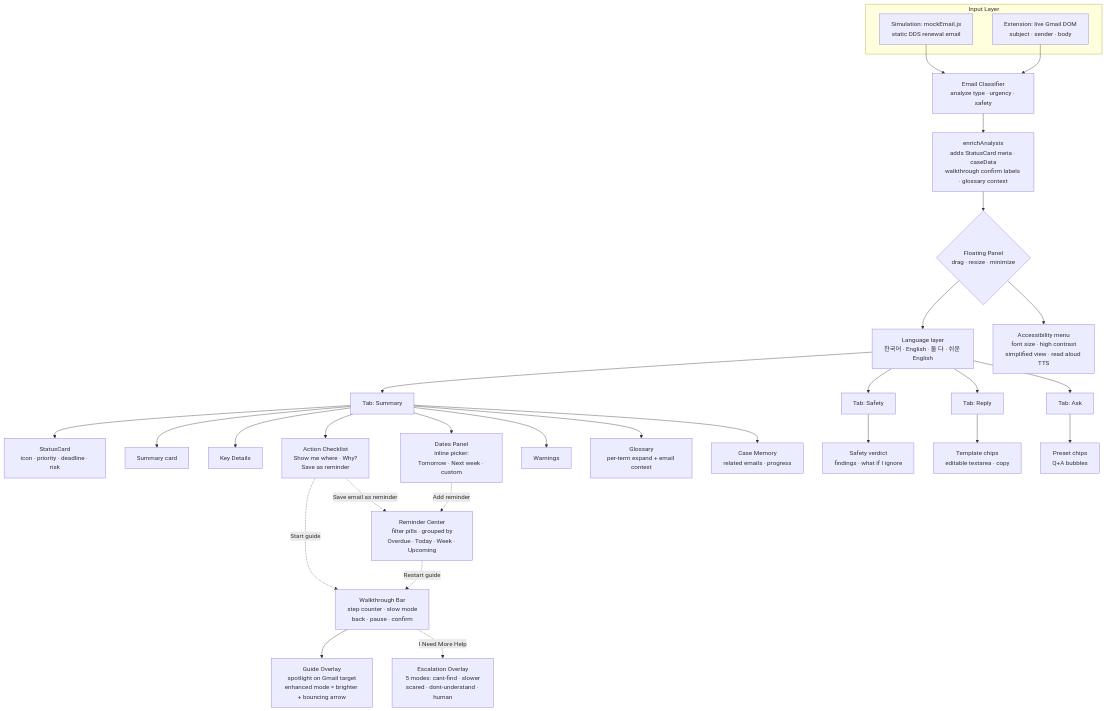
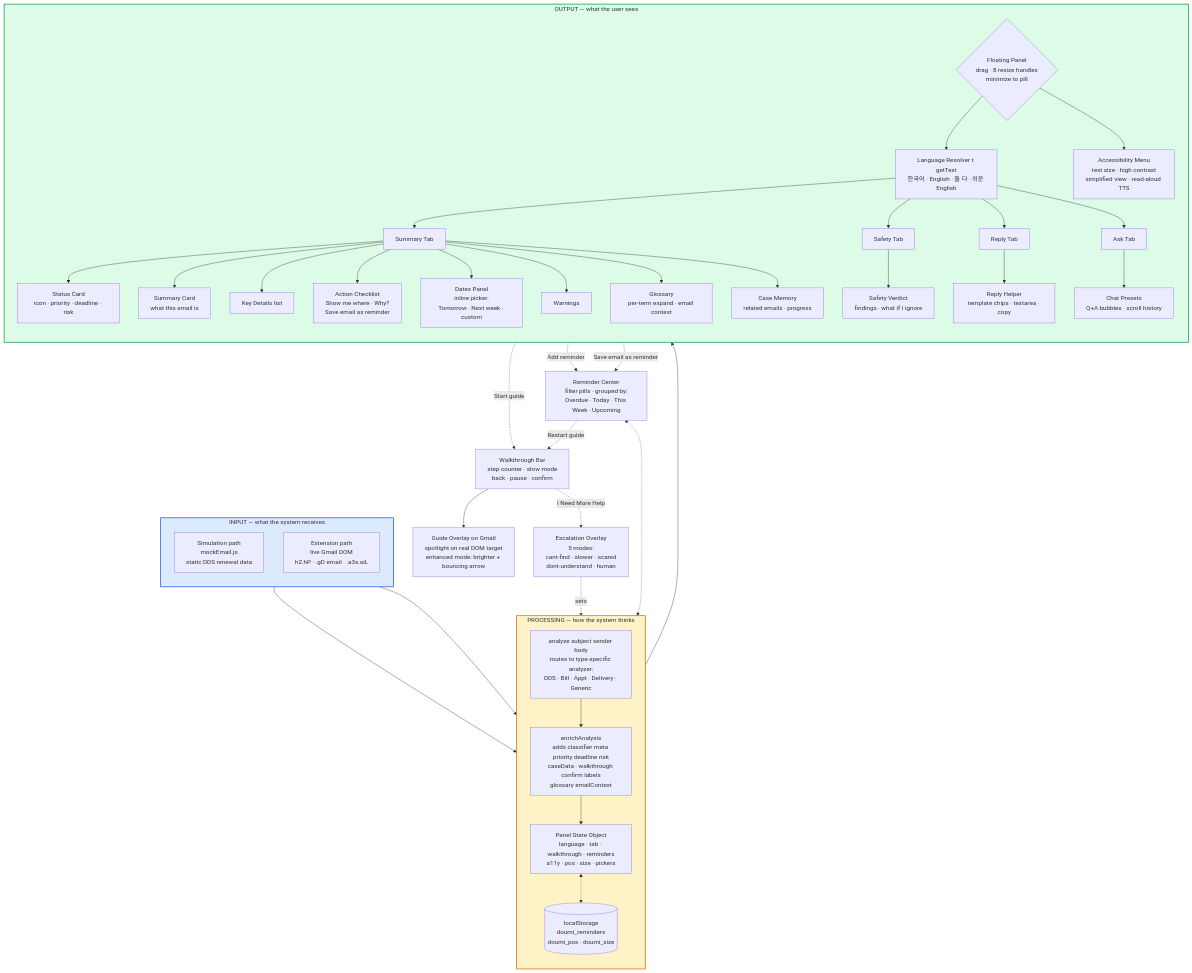
The diagram in README.md (euginahan/PersonsRequired_Claude), drawn with Mermaid before and after one commit. The commit also changed other lines of this file, not shown here.

First line of the commit message:
Update Design Argument, Platform Rationale, and System Architecture Diagram to reflect final two-surface build

````diff
--- a/README.md
+++ b/README.md
@@ -216,44 +249,74 @@
 ```mermaid
 flowchart TD
-  subgraph INPUT[Input Layer]
-    A1[Simulation: mockEmail.js<br/>static DDS renewal email]
-    A2[Extension: live Gmail DOM<br/>subject · sender · body]
+
+  %% ─── INPUT LAYER ───
+  subgraph INPUT[" INPUT — what the system receives "]
+    direction TB
+    A1[Simulation path<br/>mockEmail.js<br/>static DDS renewal data]
+    A2[Extension path<br/>live Gmail DOM<br/>h2.hP · .gD email · .a3s.aiL]
   end
 
-  A1 --> CL[Email Classifier<br/>analyze type · urgency · safety]
+  %% ─── PROCESSING LAYER ───
+  subgraph PROCESS[" PROCESSING — how the system thinks "]
+    direction TB
+    CL[analyze subject sender body<br/>routes to type-specific analyzer:<br/>DDS · Bill · Appt · Delivery · Generic]
+    ENR[enrichAnalysis<br/>adds classifier meta priority deadline risk<br/>caseData · walkthrough confirm labels<br/>glossary emailContext]
+    STATE[Panel State Object<br/>language · tab · walkthrough · reminders<br/>a11y · pos · size · pickers]
+    PERSIST[(localStorage<br/>doumi_reminders<br/>doumi_pos · doumi_size)]
+    CL --> ENR --> STATE
+    STATE <-.-> PERSIST
+  end
+
+  A1 --> CL
   A2 --> CL
 
-  CL --> ENR[enrichAnalysis<br/>adds StatusCard meta · caseData<br/>walkthrough confirm labels · glossary context]
+  %% ─── OUTPUT LAYER ───
+  subgraph OUTPUT[" OUTPUT — what the user sees "]
+    direction TB
+    PANEL{Floating Panel<br/>drag · 8 resize handles<br/>minimize to pill}
+    LANG[Language Resolver t getText<br/>한국어 · English · 둘 다 · 쉬운 English]
+    PANEL --> LANG
 
-  ENR --> PANEL{Floating Panel<br/>drag · resize · minimize}
+    LANG --> T1[Summary Tab]
+    LANG --> T2[Safety Tab]
+    LANG --> T3[Reply Tab]
+    LANG --> T4[Ask Tab]
 
-  PANEL --> LANG[Language layer<br/>한국어 · English · 둘 다 · 쉬운 English]
+    T1 --> S1[Status Card<br/>icon · priority · deadline · risk]
+    T1 --> S2[Summary Card<br/>what this email is]
+    T1 --> S3[Key Details list]
+    T1 --> S4[Action Checklist<br/>Show me where · Why?<br/>Save email as reminder]
+    T1 --> S5[Dates Panel<br/>inline picker:<br/>Tomorrow · Next week · custom]
+    T1 --> S6[Warnings]
+    T1 --> S7[Glossary<br/>per-term expand · email context]
+    T1 --> S8[Case Memory<br/>related emails · progress]
 
-  LANG --> T1[Tab: Summary]
-  LANG --> T2[Tab: Safety]
-  LANG --> T3[Tab: Reply]
-  LANG --> T4[Tab: Ask]
+    T2 --> SAF[Safety Verdict<br/>findings · what if I ignore]
+    T3 --> REP[Reply Helper<br/>template chips · textarea · copy]
+    T4 --> CHAT[Chat Presets<br/>Q+A bubbles · scroll history]
 
-  T1 --> S1[StatusCard<br/>icon · priority · deadline · risk]
-  T1 --> S2[Summary card]
-  T1 --> S3[Key Details]
-  T1 --> S4[Action Checklist<br/>Show me where · Why?<br/>Save as reminder]
-  T1 --> S5[Dates Panel<br/>inline picker:<br/>Tomorrow · Next week · custom]
-  T1 --> S6[Warnings]
-  T1 --> S7[Glossary<br/>per-term expand + email context]
-  T1 --> S8[Case Memory<br/>related emails · progress]
+    A11Y[Accessibility Menu<br/>text size · high contrast<br/>simplified view · read-aloud TTS]
+    PANEL --> A11Y
+  end
 
-  T2 --> SAF[Safety verdict<br/>findings · what if I ignore]
-  T3 --> REP[Template chips<br/>editable textarea · copy]
-  T4 --> CHAT[Preset chips<br/>Q+A bubbles]
+  STATE --> PANEL
 
+  %% ─── INTERACTIVE OVERLAYS ───
   S4 -.->|Start guide| WT[Walkthrough Bar<br/>step counter · slow mode<br/>back · pause · confirm]
-  WT --> GUIDE[Guide Overlay<br/>spotlight on Gmail target<br/>enhanced mode = brighter + bouncing arrow]
-  WT -.->|I Need More Help| ESC[Escalation Overlay<br/>5 modes: cant-find · slower<br/>scared · dont-understand · human]
+  WT --> GUIDE[Guide Overlay on Gmail<br/>spotlight on real DOM target<br/>enhanced mode: brighter + bouncing arrow]
+  WT -.->|I Need More Help| ESC[Escalation Overlay<br/>5 modes:<br/>cant-find · slower · scared<br/>dont-understand · human]
+  ESC -.->|sets| STATE
 
-  S5 -.->|Add reminder| RC[Reminder Center<br/>filter pills · grouped by<br/>Overdue · Today · Week · Upcoming]
+  %% ─── REMINDER LOOP ───
+  S5 -.->|Add reminder| RC[Reminder Center<br/>filter pills · grouped by:<br/>Overdue · Today · This Week · Upcoming]
+  S4 -.->|Save email as reminder| RC
   RC -.->|Restart guide| WT
-  S4 -.->|Save email as reminder| RC
+  RC <-.-> PERSIST
 
-  PANEL --> A11Y[Accessibility menu<br/>font size · high contrast<br/>simplified view · read aloud TTS]
+  classDef inputBox fill:#dbeafe,stroke:#2563eb,stroke-width:2px
+  classDef processBox fill:#fef3c7,stroke:#d97706,stroke-width:2px
+  classDef outputBox fill:#dcfce7,stroke:#16a34a,stroke-width:2px
+  class INPUT inputBox
+  class PROCESS processBox
+  class OUTPUT outputBox
 ```
````
